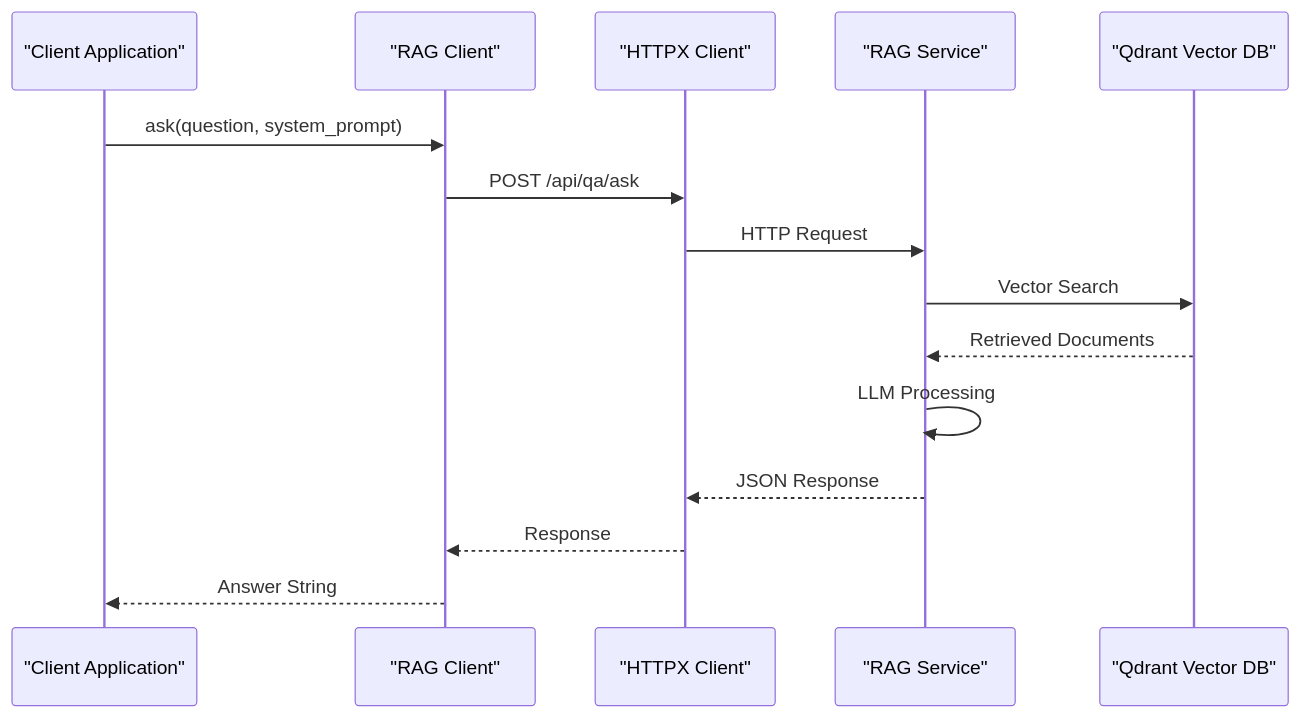
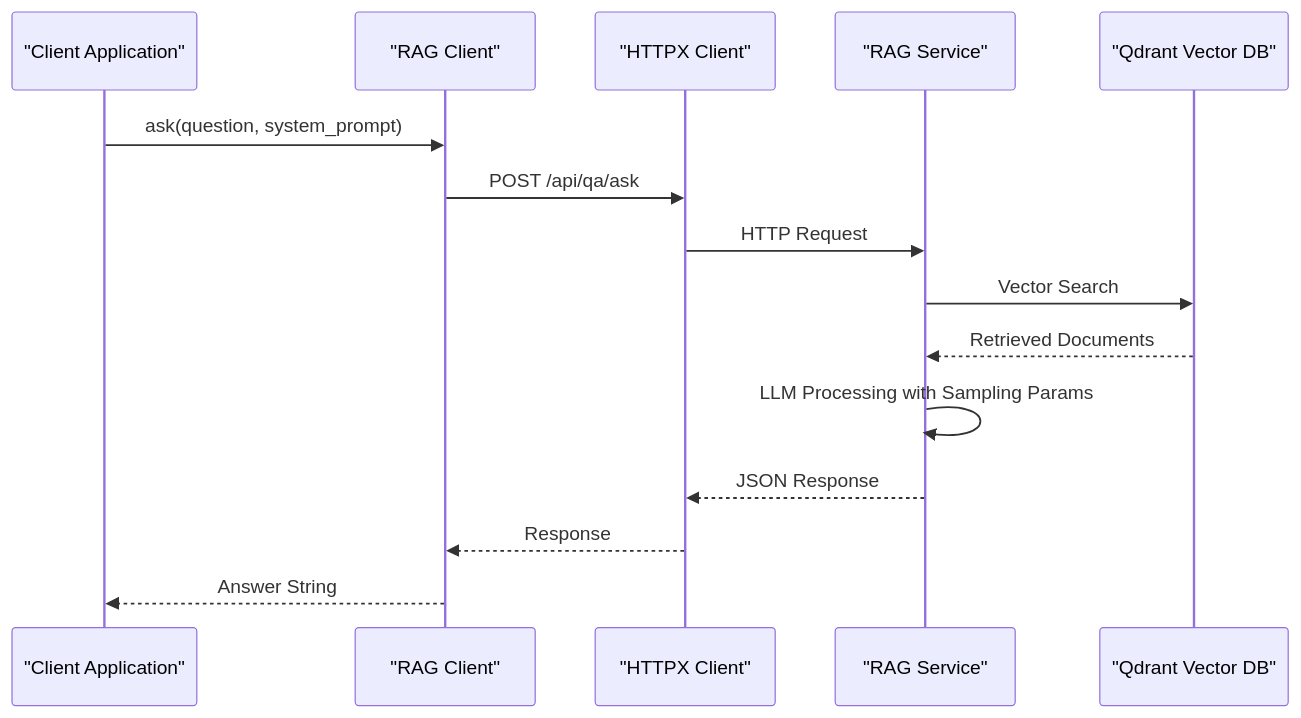
The third of 13 diagrams in .qoder/repowiki/en/content/API Reference/RAG Client Integration.md (ognelis/cafetera_hr_bot), drawn with Mermaid before and after one commit. The commit also changed other lines of this file and 9 other files, not shown here.

````diff
--- a/.qoder/repowiki/en/content/API Reference/RAG Client Integration.md
+++ b/.qoder/repowiki/en/content/API Reference/RAG Client Integration.md
@@ -176,17 +196,17 @@
 ```mermaid
 sequenceDiagram
 participant Client as "Client Application"
 participant RAGClient as "RAG Client"
 participant HTTPX as "HTTPX Client"
 participant RAGService as "RAG Service"
 participant Qdrant as "Qdrant Vector DB"
 Client->>RAGClient : ask(question, system_prompt)
 RAGClient->>HTTPX : POST /api/qa/ask
 HTTPX->>RAGService : HTTP Request
 RAGService->>Qdrant : Vector Search
 Qdrant-->>RAGService : Retrieved Documents
-RAGService->>RAGService : LLM Processing
+RAGService->>RAGService : LLM Processing with Sampling Params
 RAGService-->>HTTPX : JSON Response
 HTTPX-->>RAGClient : Response
 RAGClient-->>Client : Answer String
 ```
````
